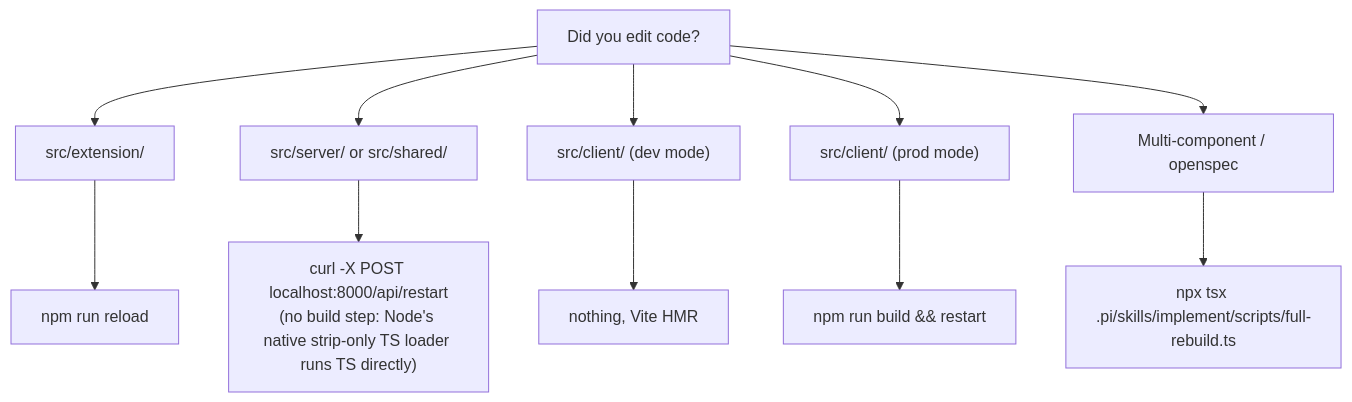
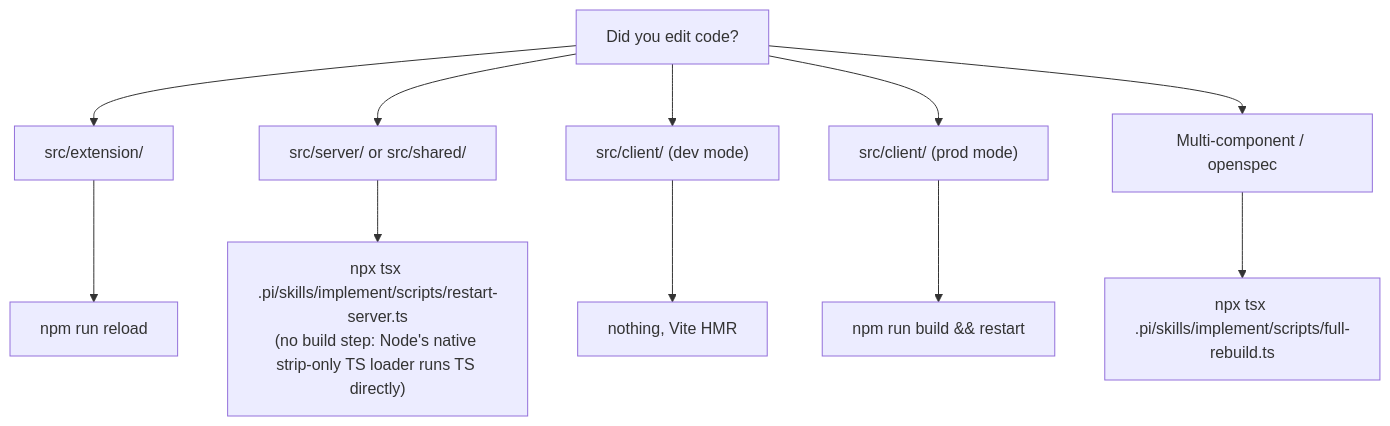
Before and after one commit to BlackBeltTechnology/pi-agent-dashboard: the diagram in .pi/skills/implement/SKILL.md, drawn with Mermaid. The commit also changed 263 other files, not shown here.

````diff
--- a/.pi/skills/implement/SKILL.md
+++ b/.pi/skills/implement/SKILL.md
@@ -16,13 +16,13 @@
 ```mermaid
 flowchart TD
   A["Did you edit code?"] --> B["src/extension/"]
   A --> C["src/server/ or src/shared/"]
   A --> D["src/client/ (dev mode)"]
   A --> E["src/client/ (prod mode)"]
   A --> F["Multi-component / openspec"]
   B --> B1["npm run reload"]
-  C --> C1["curl -X POST localhost:8000/api/restart<br/>(no build step: Node's native strip-only TS loader runs TS directly)"]
+  C --> C1["npx tsx .pi/skills/implement/scripts/restart-server.ts<br/>(no build step: Node's native strip-only TS loader runs TS directly)"]
   D --> D1["nothing, Vite HMR"]
   E --> E1["npm run build && restart"]
   F --> F1["npx tsx .pi/skills/implement/scripts/full-rebuild.ts"]
 ```
````
